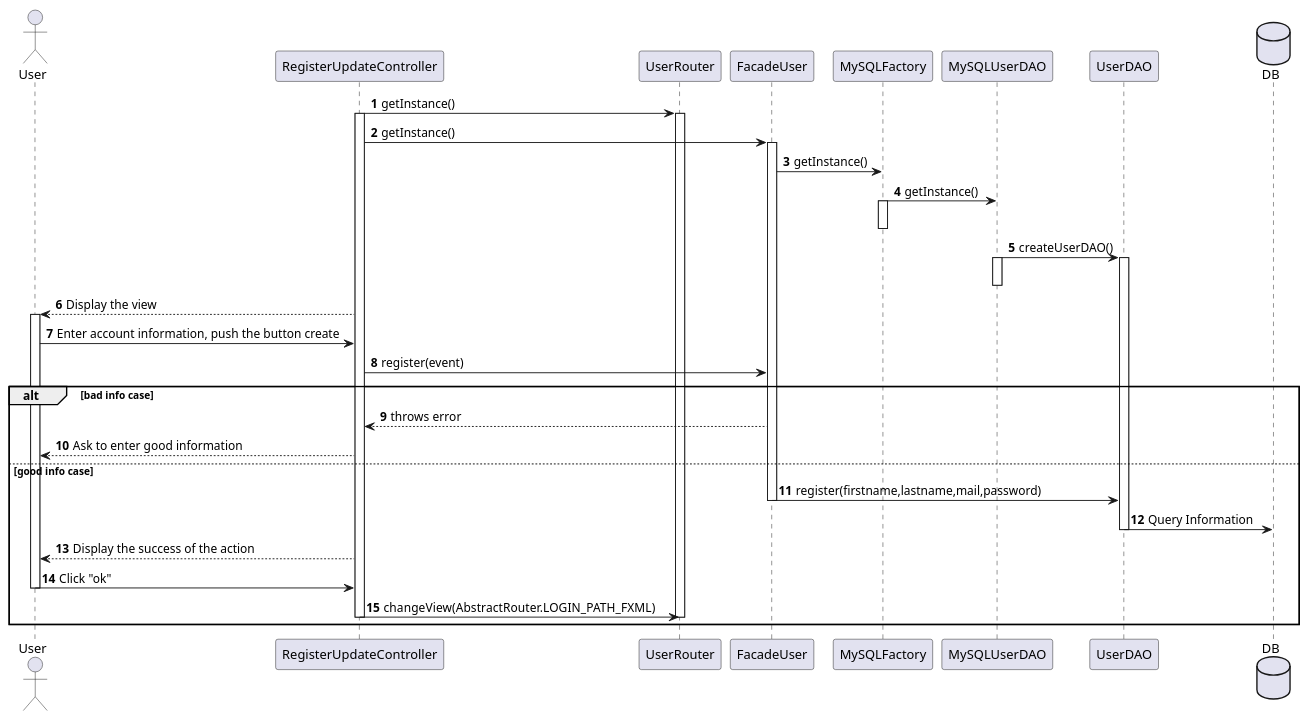
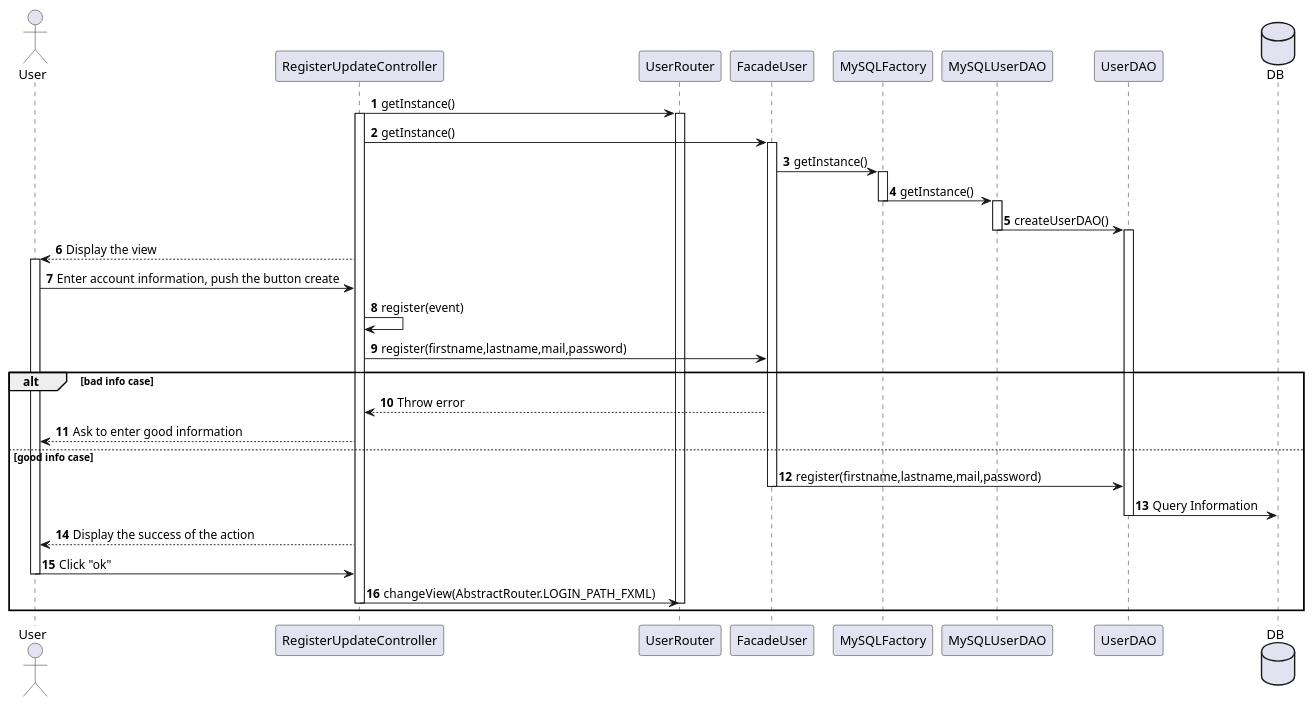
One commit to guiguie34/StudEasy changed the diagram in project_diagrams/sequenceDiagrams/userManagement.puml. Above: the diagram before and after it, drawn with PlantUML. The commit also changed 4 other files, not shown here.

Commit message:
Fix : sequence diagrams + architecture diagrams

```diff
--- a/project_diagrams/sequenceDiagrams/userManagement.puml
+++ b/project_diagrams/sequenceDiagrams/userManagement.puml
@@ -1,37 +1,38 @@
 @startuml
 autonumber
 actor User
 RegisterUpdateController -> UserRouter : getInstance()
 activate RegisterUpdateController
 activate UserRouter
 RegisterUpdateController -> FacadeUser : getInstance()
 activate FacadeUser
 FacadeUser -> MySQLFactory : getInstance()
+activate MySQLFactory
 MySQLFactory -> MySQLUserDAO : getInstance()
-activate MySQLFactory
 deactivate MySQLFactory
+activate MySQLUserDAO
 MySQLUserDAO -> UserDAO : createUserDAO()
-activate MySQLUserDAO
 deactivate MySQLUserDAO
 activate UserDAO
 RegisterUpdateController --> User : Display the view
 activate User
 User -> RegisterUpdateController : Enter account information, push the button create
-RegisterUpdateController -> FacadeUser : register(event)
+RegisterUpdateController -> RegisterUpdateController : register(event)
+RegisterUpdateController -> FacadeUser : register(firstname,lastname,mail,password)
 alt bad info case
-    FacadeUser --> RegisterUpdateController : throws error
+    FacadeUser --> RegisterUpdateController : Throw error
     RegisterUpdateController --> User : Ask to enter good information
 else good info case
     FacadeUser -> UserDAO : register(firstname,lastname,mail,password)
     deactivate FacadeUser
     database DB
     UserDAO -> DB : Query Information
     deactivate UserDAO
     RegisterUpdateController --> User : Display the success of the action
     User -> RegisterUpdateController : Click "ok"
     deactivate User
     RegisterUpdateController -> UserRouter : changeView(AbstractRouter.LOGIN_PATH_FXML)
     deactivate RegisterUpdateController
     deactivate UserRouter
 end
 @enduml
```
